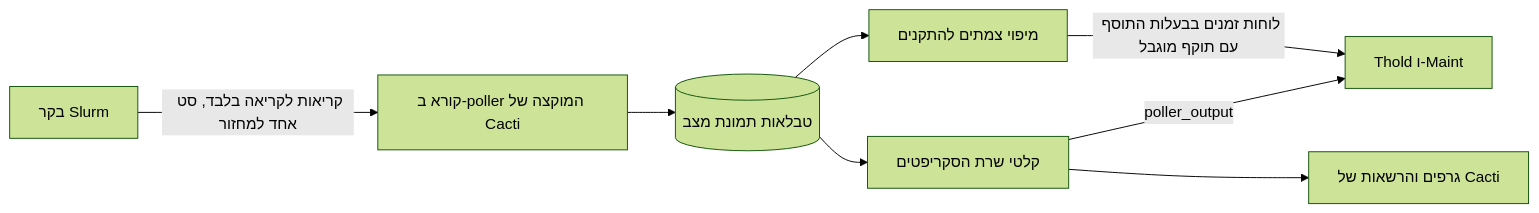
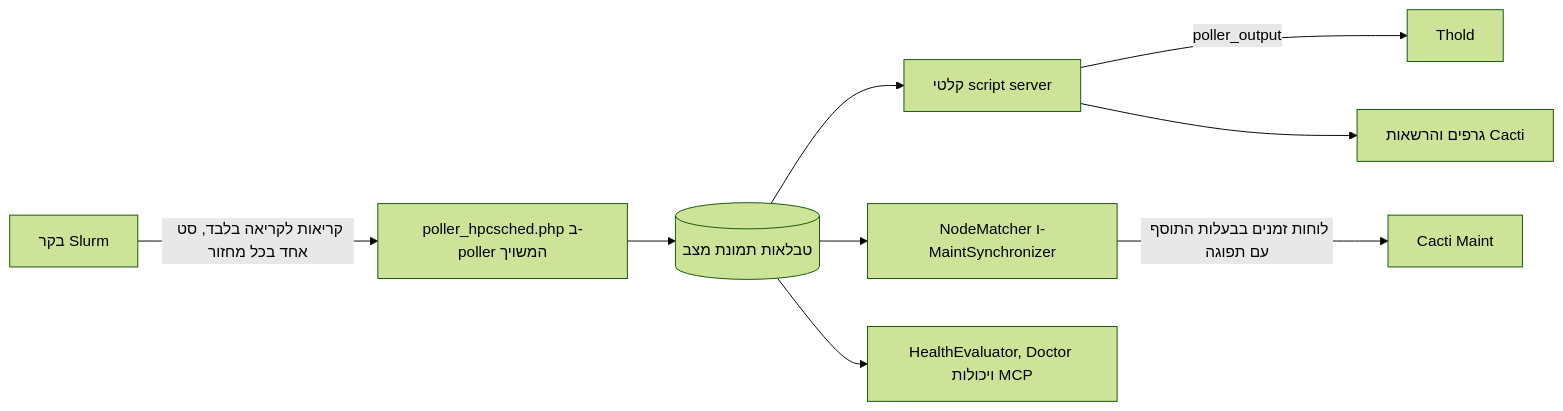
Before and after one commit to somethingwithproof/plugin_hpcsched: the diagram in docs/i18n/he-IL/README.md, drawn with Mermaid (forest theme). The commit also changed other lines of this file and 48 other files, not shown here.

````diff
--- a/docs/i18n/he-IL/README.md
+++ b/docs/i18n/he-IL/README.md
@@ -109,10 +163,11 @@
 ```mermaid
 flowchart LR
-    S[בקר Slurm] -->|קריאות לקריאה בלבד, סט אחד למחזור| R[קורא ב-poller המוקצה של Cacti]
+    S[בקר Slurm] -->|קריאות לקריאה בלבד, סט אחד בכל מחזור| R[poller_hpcsched.php ב-poller המשויך]
     R --> SNAP[(טבלאות תמונת מצב)]
-    SNAP --> SS[קלטי שרת הסקריפטים]
-    SS -->|poller_output| T[Thold ו-Maint]
-    SS --> G[גרפים והרשאות של Cacti]
-    SNAP --> MAP[מיפוי צמתים להתקנים]
-    MAP -->|לוחות זמנים בבעלות התוסף עם תוקף מוגבל| T
+    SNAP --> SS[קלטי script server]
+    SS -->|poller_output| T[Thold]
+    SS --> G[גרפים והרשאות Cacti]
+    SNAP --> MAP[NodeMatcher ו-MaintSynchronizer]
+    MAP -->|לוחות זמנים בבעלות התוסף עם תפוגה| M[Cacti Maint]
+    SNAP --> H[HealthEvaluator, Doctor ויכולות MCP]
 ```
````
